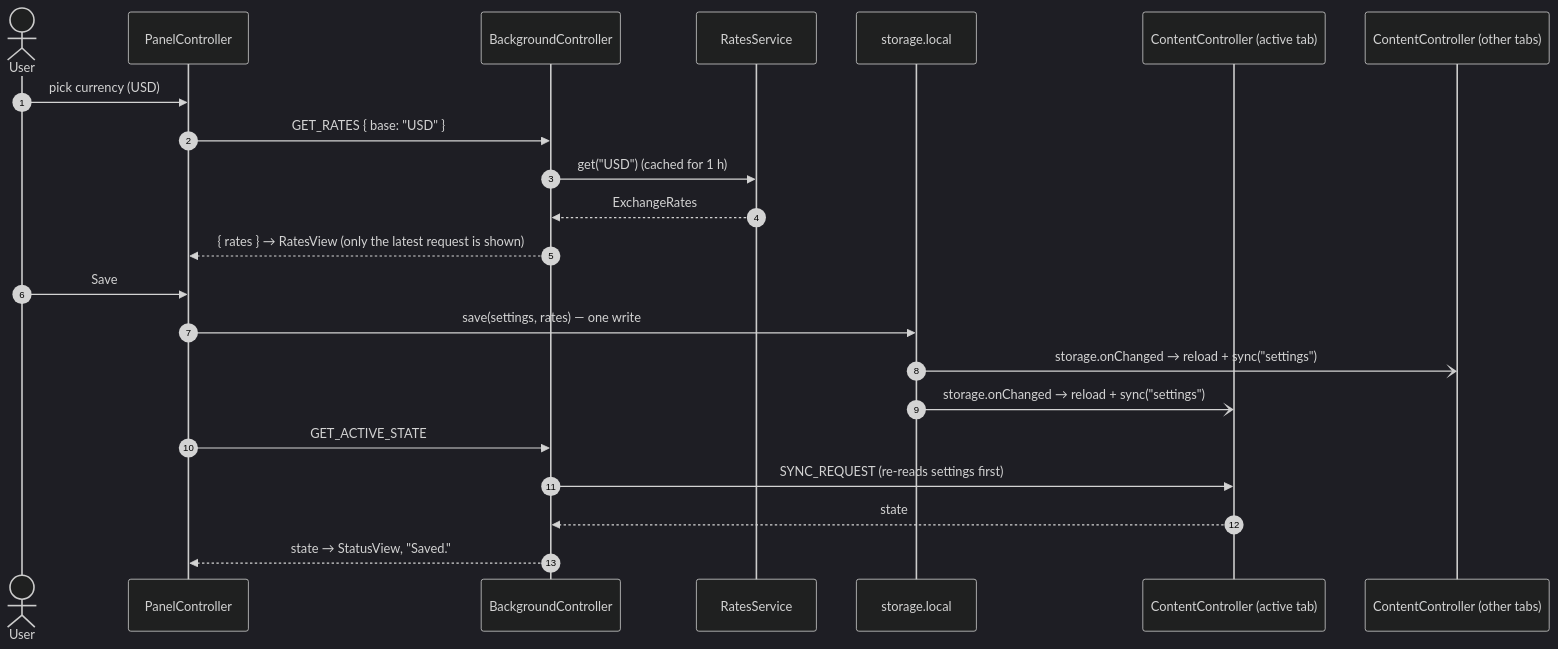
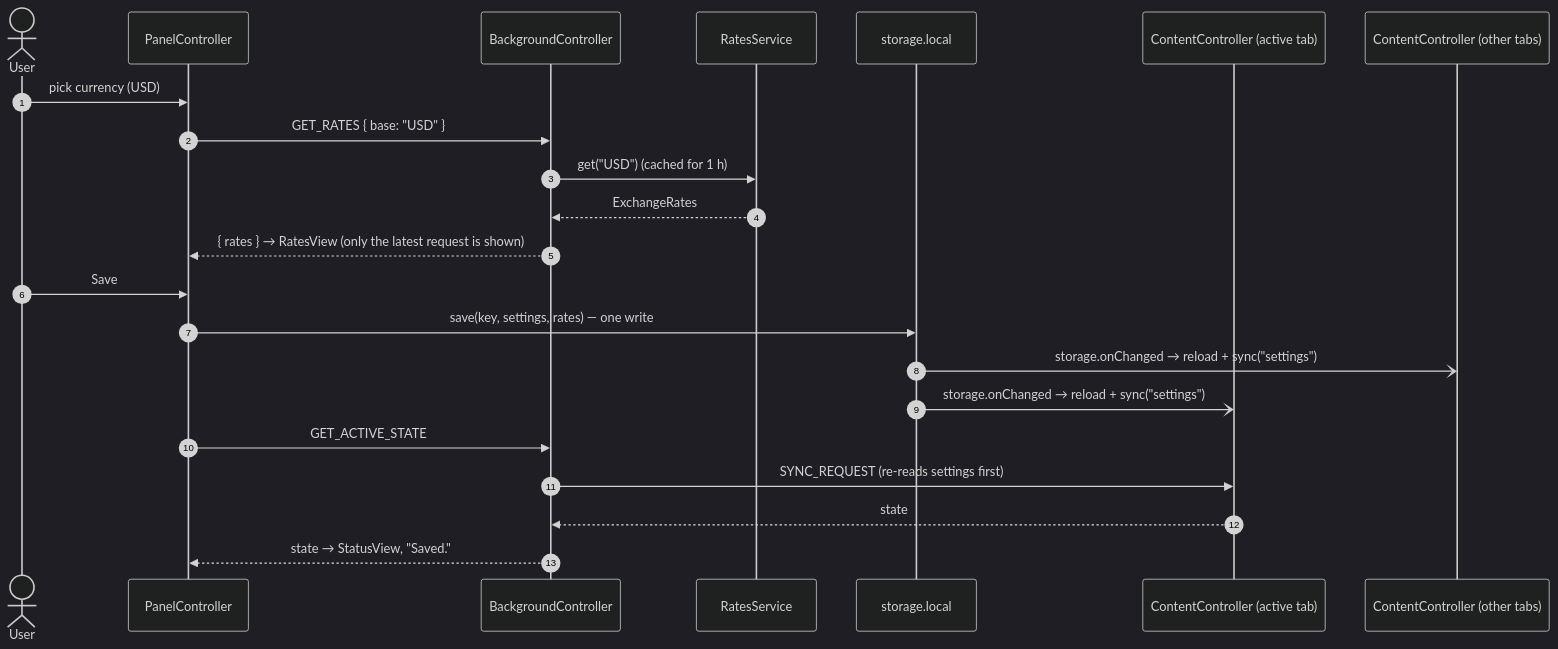
One commit to radyak/minerva-browserplugin changed the fifth of 7 diagrams in docs/architecture.md. Above: the diagram before and after it, drawn with Mermaid (dark theme). The commit also changed other lines of this file and 23 other files, not shown here.

````diff
--- a/docs/architecture.md
+++ b/docs/architecture.md
@@ -281,25 +284,25 @@
 ```mermaid
 sequenceDiagram
   autonumber
   actor User
   participant PC as PanelController
   participant BC as BackgroundController
   participant RS as RatesService
   participant Store as storage.local
   participant Tab as ContentController (active tab)
   participant Other as ContentController (other tabs)
 
   User->>PC: pick currency (USD)
   PC->>BC: GET_RATES { base: "USD" }
   BC->>RS: get("USD") (cached for 1 h)
   RS-->>BC: ExchangeRates
   BC-->>PC: { rates } → RatesView (only the latest request is shown)
   User->>PC: Save
-  PC->>Store: save(settings, rates) — one write
+  PC->>Store: save(key, settings, rates) — one write
   Store-)Other: storage.onChanged → reload + sync("settings")
   Store-)Tab: storage.onChanged → reload + sync("settings")
   PC->>BC: GET_ACTIVE_STATE
   BC->>Tab: SYNC_REQUEST (re-reads settings first)
   Tab-->>BC: state
   BC-->>PC: state → StatusView, "Saved."
 ```
````
